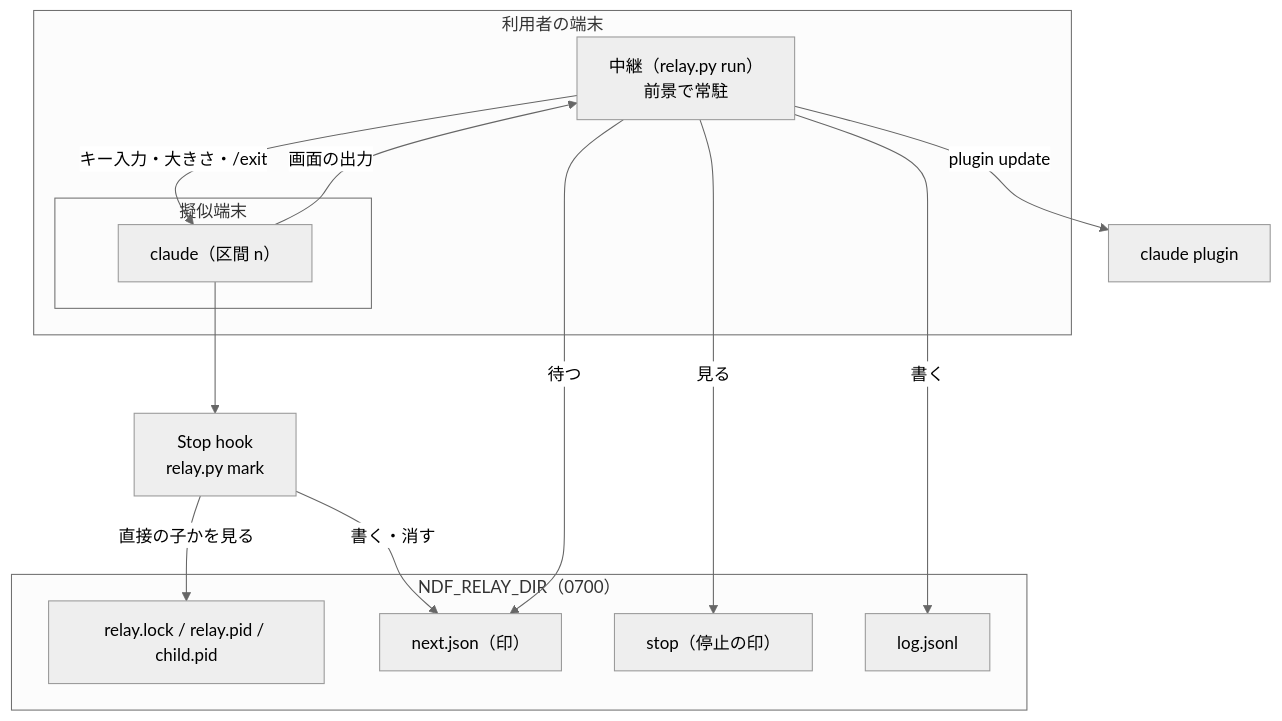
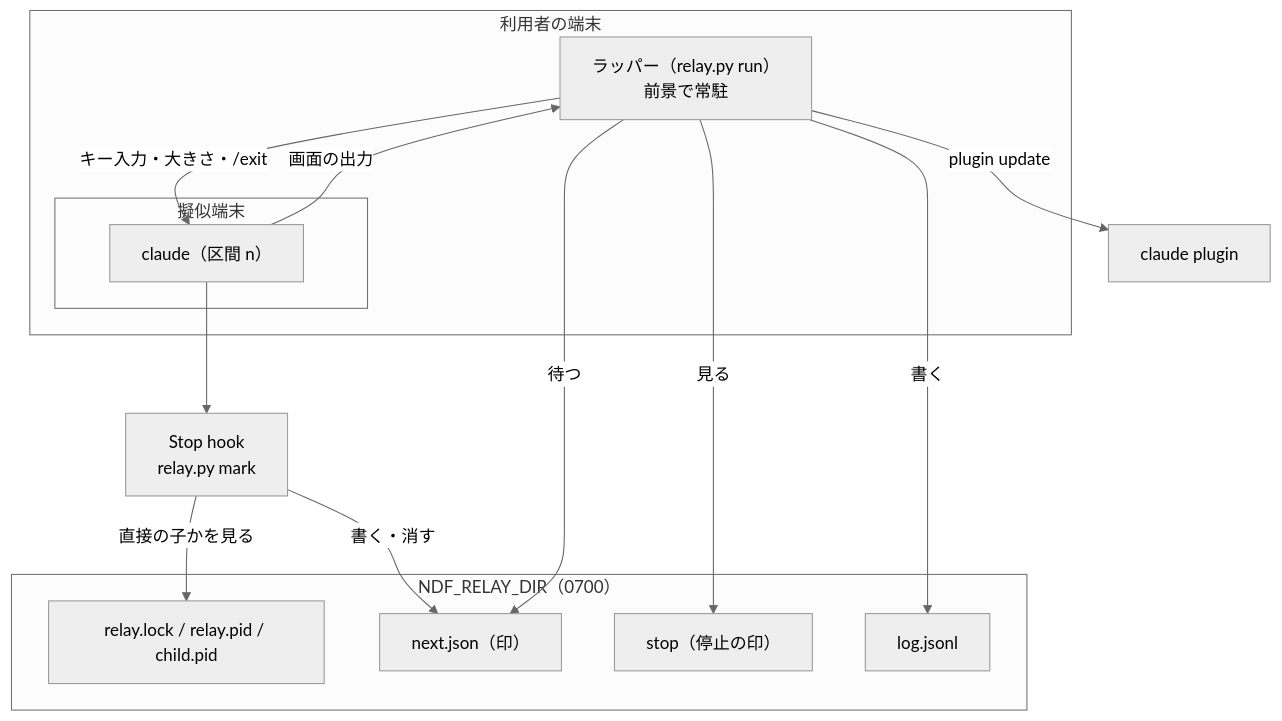
One commit to devbasex/ai-plugins changed the first of 2 diagrams in docs/specifications/ndf-relay-segment-restart.md. Above: the diagram before and after it, drawn with Mermaid (neutral theme). The commit also changed other lines of this file and 22 other files, not shown here.

````diff
--- a/docs/specifications/ndf-relay-segment-restart.md
+++ b/docs/specifications/ndf-relay-segment-restart.md
@@ -74,25 +74,25 @@
 ```mermaid
 graph TB
     subgraph term["利用者の端末"]
-        R["中継（relay.py run）<br/>前景で常駐"]
+        R["ラッパー（relay.py run）<br/>前景で常駐"]
         subgraph pty["擬似端末"]
             C["claude（区間 n）"]
         end
     end
     H["Stop hook<br/>relay.py mark"]
     subgraph state["NDF_RELAY_DIR（0700）"]
         P[relay.lock / relay.pid / child.pid]
         M["next.json（印）"]
         S["stop（停止の印）"]
         L[log.jsonl]
     end
     R -->|キー入力・大きさ・/exit| C
     C -->|画面の出力| R
     C --> H
     H -->|書く・消す| M
     H -->|直接の子かを見る| P
     R -->|待つ| M
     R -->|見る| S
     R -->|書く| L
     R -->|plugin update| CP[claude plugin]
 ```
````
